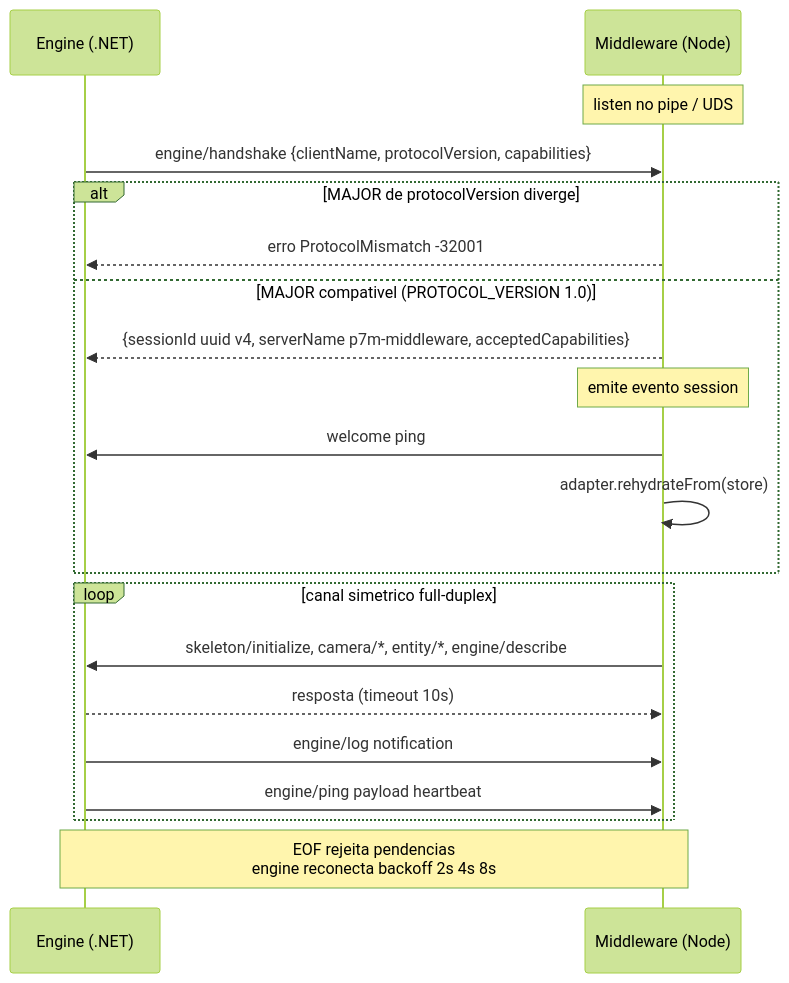
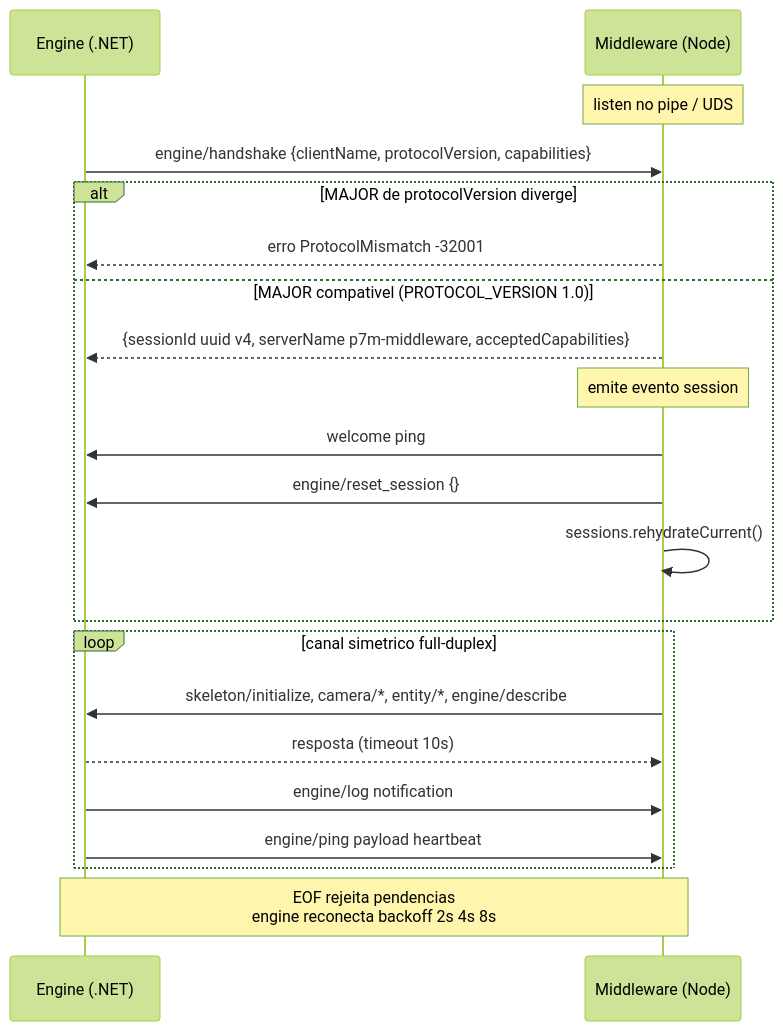
Before and after one commit to flaviotinococoutinho/Gridsmith: the fourth of 4 diagrams in contracts/README.md, drawn with Mermaid (forest theme). The commit also changed other lines of this file and 68 other files, not shown here.

````diff
--- a/contracts/README.md
+++ b/contracts/README.md
@@ -168,22 +175,23 @@
 ```mermaid
 sequenceDiagram
   participant E as Engine (.NET)
   participant M as Middleware (Node)
   Note over M: listen no pipe / UDS
   E->>M: engine/handshake {clientName, protocolVersion, capabilities}
   alt MAJOR de protocolVersion diverge
     M-->>E: erro ProtocolMismatch -32001
   else MAJOR compativel (PROTOCOL_VERSION 1.0)
     M-->>E: {sessionId uuid v4, serverName p7m-middleware, acceptedCapabilities}
     Note over M: emite evento session
     M->>E: welcome ping
-    M->>M: adapter.rehydrateFrom(store)
+    M->>E: engine/reset_session {}
+    M->>M: sessions.rehydrateCurrent()
   end
   loop canal simetrico full-duplex
     M->>E: skeleton/initialize, camera/*, entity/*, engine/describe
     E-->>M: resposta (timeout 10s)
     E->>M: engine/log notification
     E->>M: engine/ping payload heartbeat
   end
   Note over E,M: EOF rejeita pendencias<br/>engine reconecta backoff 2s 4s 8s
 ```
````
